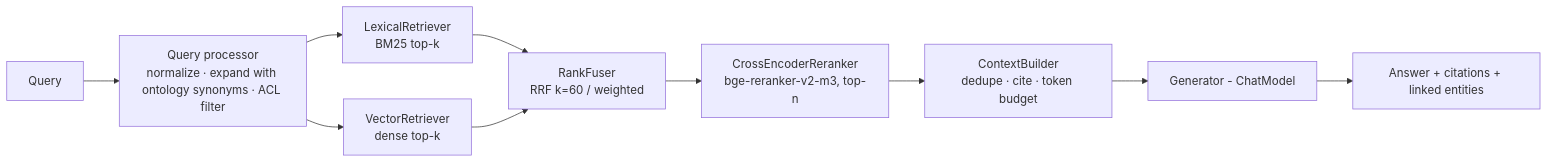
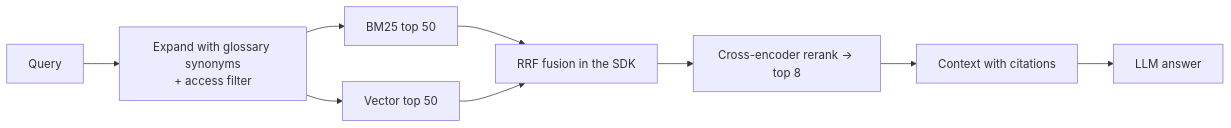
The third of 3 diagrams in docs/architecture/PROPOSAL.md (narisun/ai-datalake-platform), drawn with Mermaid before and after one commit. The commit also changed other lines of this file and 96 other files, not shown here.

````diff
--- a/docs/architecture/PROPOSAL.md
+++ b/docs/architecture/PROPOSAL.md
@@ -228,11 +245,10 @@
 ```mermaid
 flowchart LR
-  Q[Query] --> QP[Query processor<br/>normalize · expand with ontology synonyms · ACL filter]
-  QP --> L[LexicalRetriever<br/>BM25 top-k]
-  QP --> V[VectorRetriever<br/>dense top-k]
-  L & V --> F[RankFuser<br/>RRF k=60 / weighted]
-  F --> R[CrossEncoderReranker<br/>bge-reranker-v2-m3, top-n]
-  R --> C[ContextBuilder<br/>dedupe · cite · token budget]
-  C --> G[Generator - ChatModel]
-  G --> A[Answer + citations + linked entities]
+  Q[Query] --> QP[Expand with glossary synonyms<br/>+ access filter]
+  QP --> L[BM25 top 50]
+  QP --> V[Vector top 50]
+  L & V --> F[RRF fusion in the SDK]
+  F --> R[Cross-encoder rerank → top 8]
+  R --> C[Context with citations]
+  C --> G[LLM answer]
 ```
````
